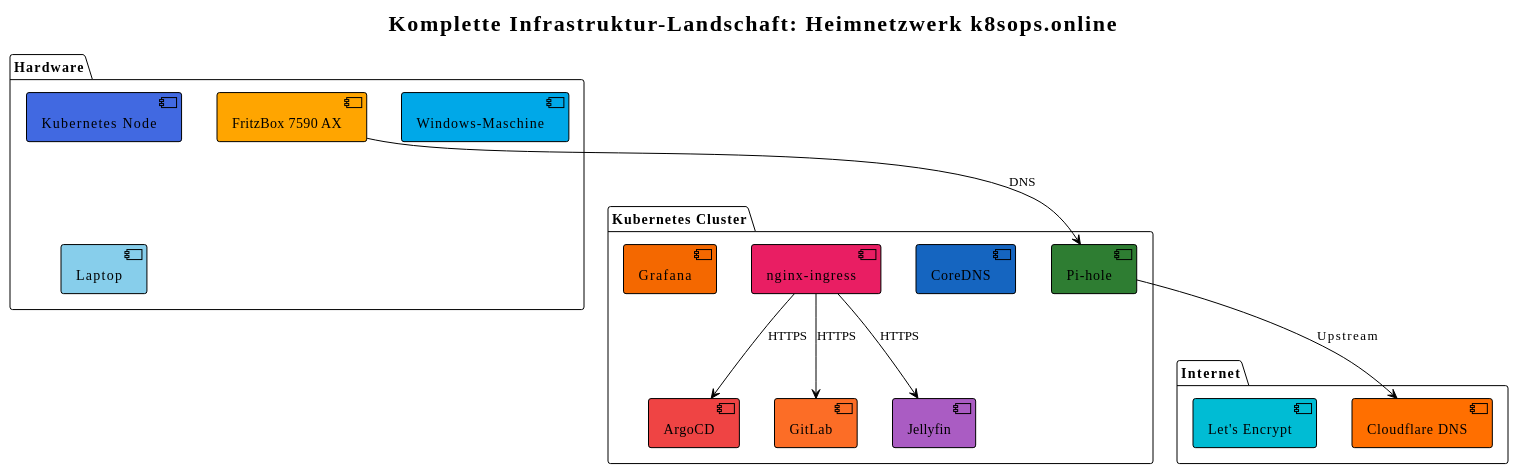
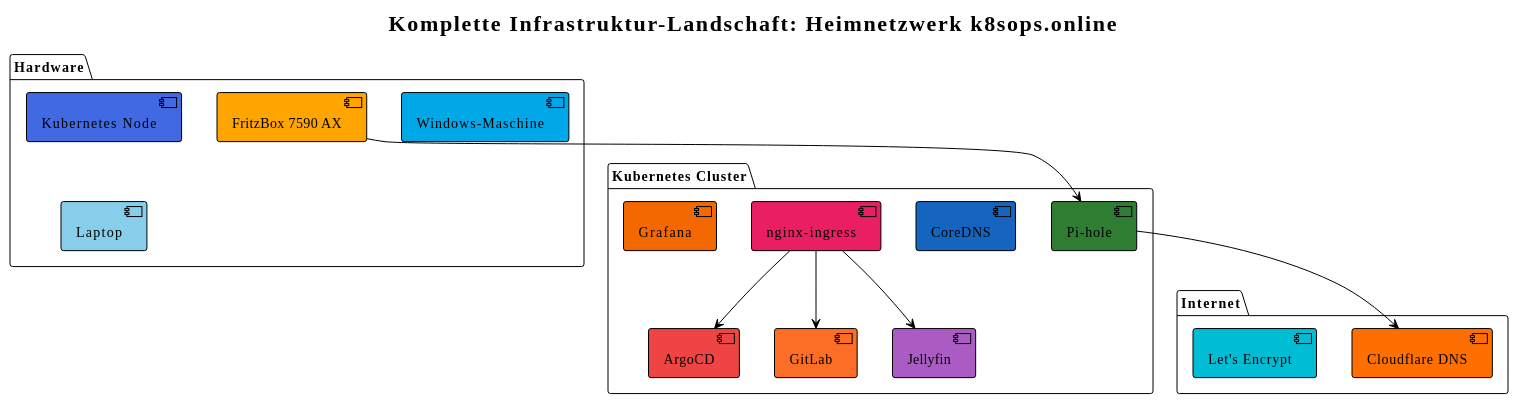
The diagram in infrastruktur-visualisierung-komplett.md (bernd-lab/heimnetzwerk-infra), drawn with PlantUML before and after one commit. The commit also changed other lines of this file, not shown here.

First line of the commit message:
Fix PlantUML diagram: Add working rendered image URL

````diff
--- a/infrastruktur-visualisierung-komplett.md
+++ b/infrastruktur-visualisierung-komplett.md
@@ -63,37 +57,37 @@
 ```plantuml
 @startuml Infrastruktur-Landschaft
 !theme plain
 skinparam backgroundColor #FFFFFF
 
 title Komplette Infrastruktur-Landschaft: Heimnetzwerk k8sops.online
 
 package "Hardware" {
   component "FritzBox 7590 AX" as fritzbox #FFA500
   component "Kubernetes Node" as k8snode #4169E1
   component "Windows-Maschine" as windows #00A8E8
   component "Laptop" as laptop #87CEEB
 }
 
 package "Kubernetes Cluster" {
   component "Pi-hole" as pihole #2E7D32
   component "CoreDNS" as coredns #1565C0
   component "nginx-ingress" as ingress #E91E63
   component "ArgoCD" as argocd #EF4444
   component "GitLab" as gitlab #FC6D26
   component "Jellyfin" as jellyfin #AA5CC3
   component "Grafana" as grafana #F46800
 }
 
 package "Internet" {
   component "Cloudflare DNS" as cloudflare #FF6F00
   component "Let's Encrypt" as letsencrypt #00BCD4
 }
 
-fritzbox --> pihole : DNS
-pihole --> cloudflare : Upstream
-ingress --> argocd : HTTPS
-ingress --> gitlab : HTTPS
-ingress --> jellyfin : HTTPS
+fritzbox --> pihole
+pihole --> cloudflare
+ingress --> argocd
+ingress --> gitlab
+ingress --> jellyfin
 
 @enduml
 ```
````
